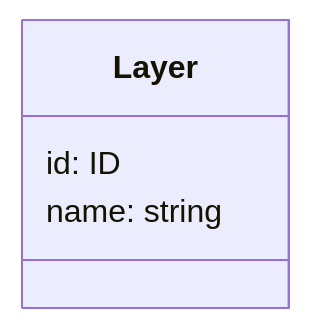
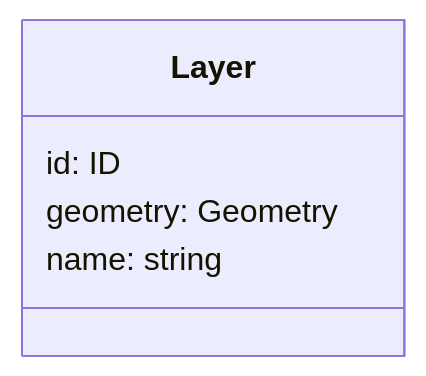
One commit to planrassadki/docs changed the second of 6 diagrams in Readme.md. Above: the diagram before and after it, drawn with Mermaid. The commit also changed other lines of this file, not shown here.

Commit message:
use geometry and layer_id instead of location

````diff
--- a/Readme.md
+++ b/Readme.md
@@ -60,7 +61,8 @@
 ```mermaid
 classDiagram
 class Layer {
 	id: ID
+	geometry: Geometry
 	name: string
 }
 ```
````
